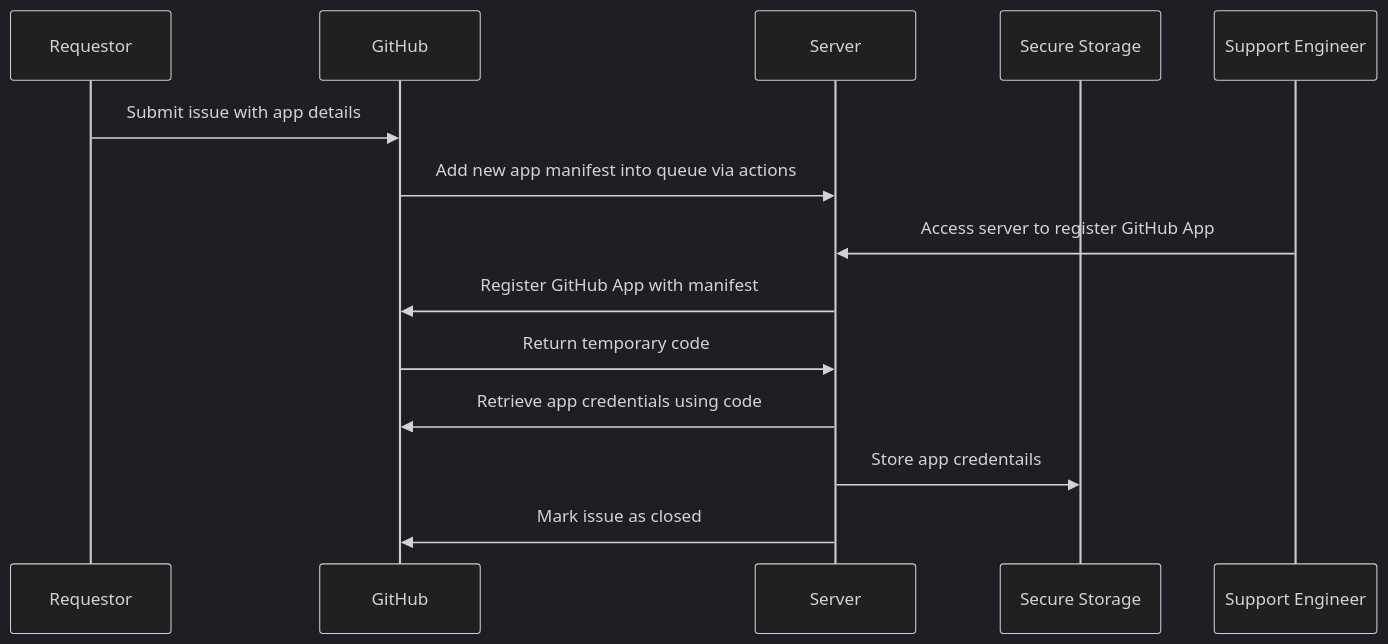
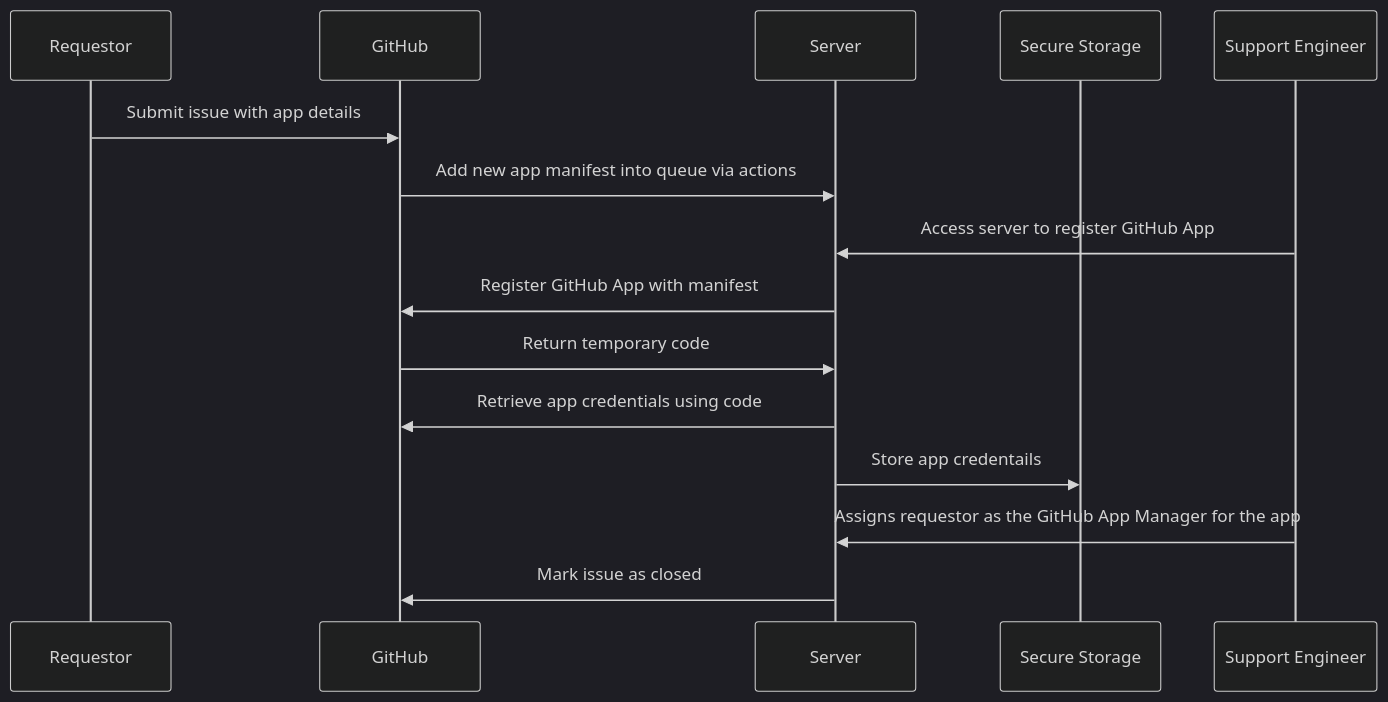
Before and after one commit to jitran/github-app-manifest-flow: the diagram in README.md, drawn with Mermaid (dark theme). The commit also changed 3 other files, not shown here.

````diff
--- a/README.md
+++ b/README.md
@@ -9,17 +9,18 @@
 ```mermaid
 sequenceDiagram
     participant Requestor
     participant GitHub
     participant Server
     participant Secure Storage
     participant Support Engineer
 
     Requestor->>GitHub: Submit issue with app details
     GitHub->>Server: Add new app manifest into queue via actions
     Support Engineer->>Server: Access server to register GitHub App
     Server->>GitHub: Register GitHub App with manifest
     GitHub->>Server: Return temporary code
     Server->>GitHub: Retrieve app credentials using code
     Server->>Secure Storage: Store app credentails
+    Support Engineer->>Server: Assigns requestor as the GitHub App Manager for the app
     Server->>GitHub: Mark issue as closed
 ```
````
